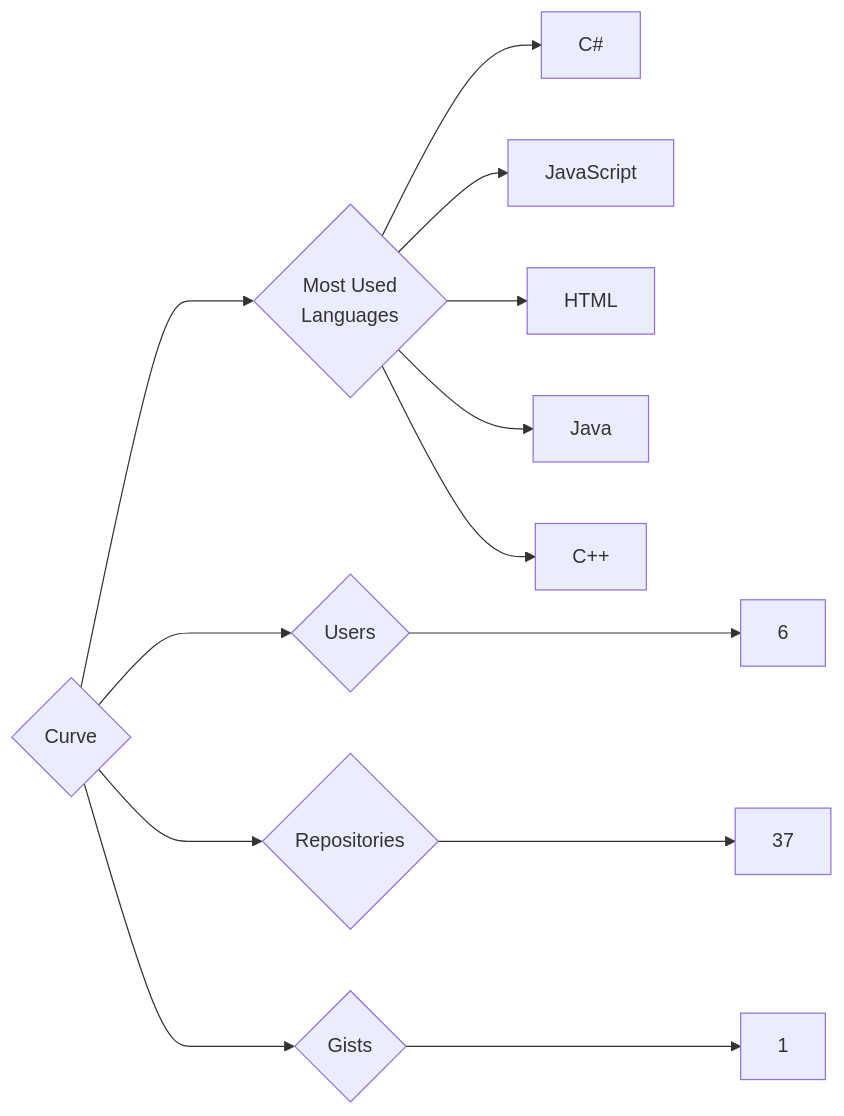
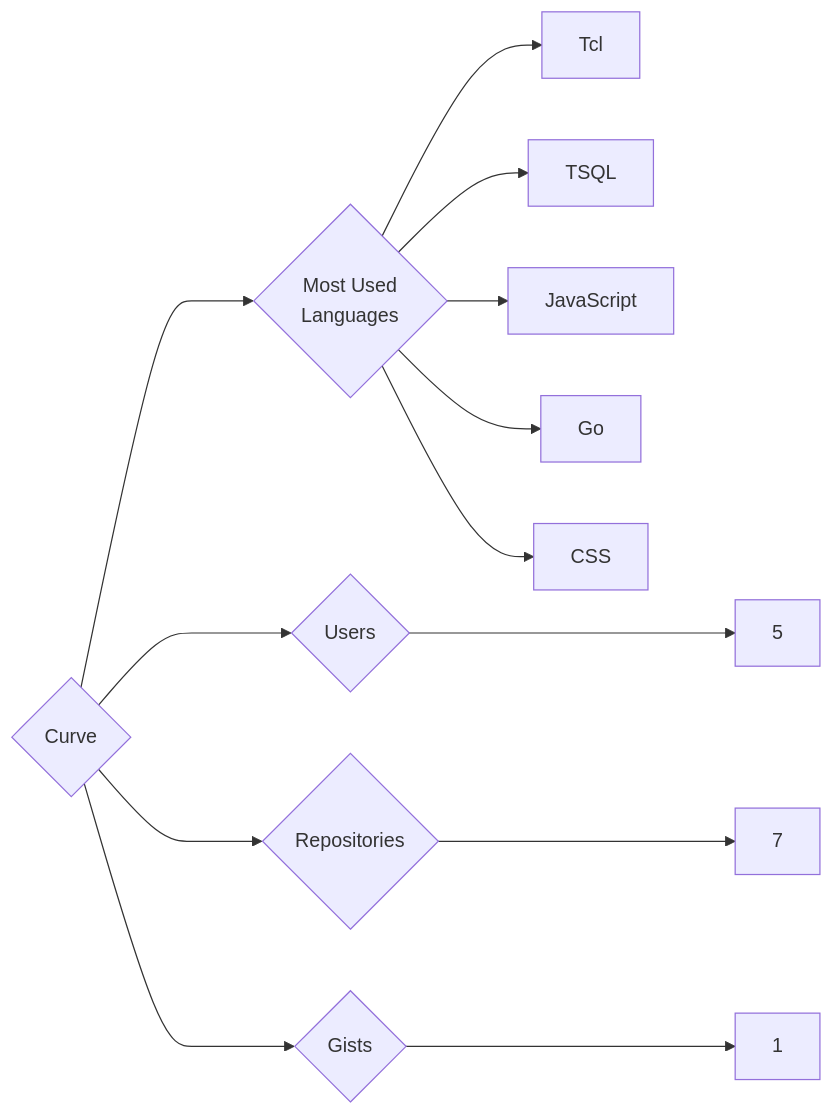
The diagram in targets/Curve/README.md (trickest/insiders), drawn with Mermaid before and after one commit. The commit also changed 1084 other files, not shown here.

````diff
--- a/targets/Curve/README.md
+++ b/targets/Curve/README.md
@@ -3,13 +3,13 @@
 ```mermaid
 graph LR
 COMPANY_NAME{Curve}
-COMPANY_NAME ---> U{Users} ---> UN[6]
-COMPANY_NAME ---> R{Repositories} ---> RN[37]
+COMPANY_NAME ---> U{Users} ---> UN[5]
+COMPANY_NAME ---> R{Repositories} ---> RN[7]
 COMPANY_NAME ---> G{Gists} ---> GN[1]
 COMPANY_NAME ---> ML{Most Used<br>Languages}
-ML --> C#[C#]
+ML --> Tcl[Tcl]
+ML --> TSQL[TSQL]
 ML --> JavaScript[JavaScript]
-ML --> HTML[HTML]
-ML --> Java[Java]
-ML --> C++[C++]
+ML --> Go[Go]
+ML --> CSS[CSS]
 ```
````
